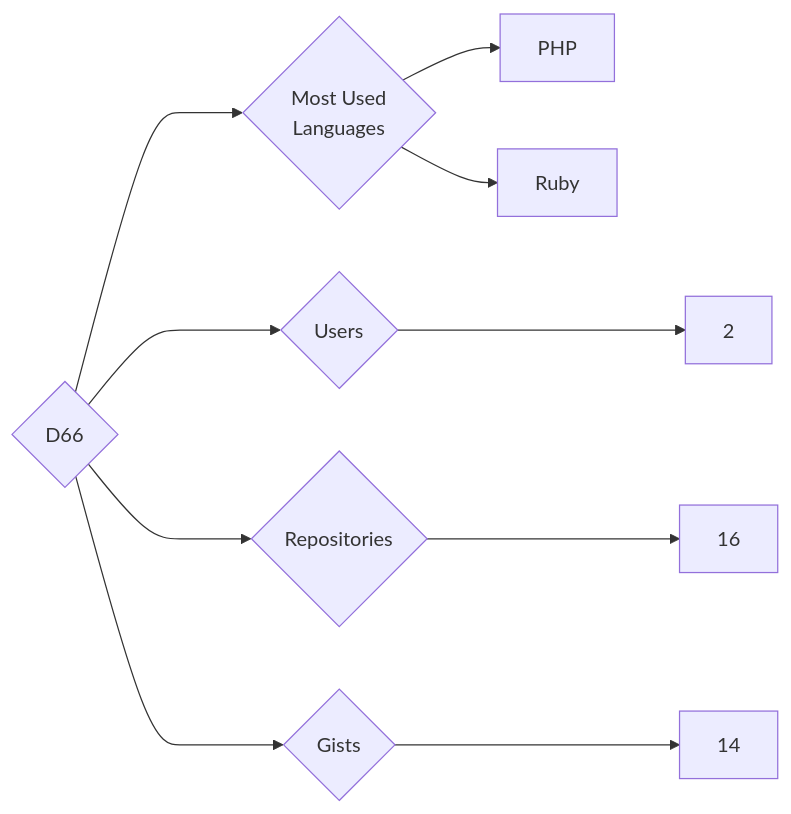
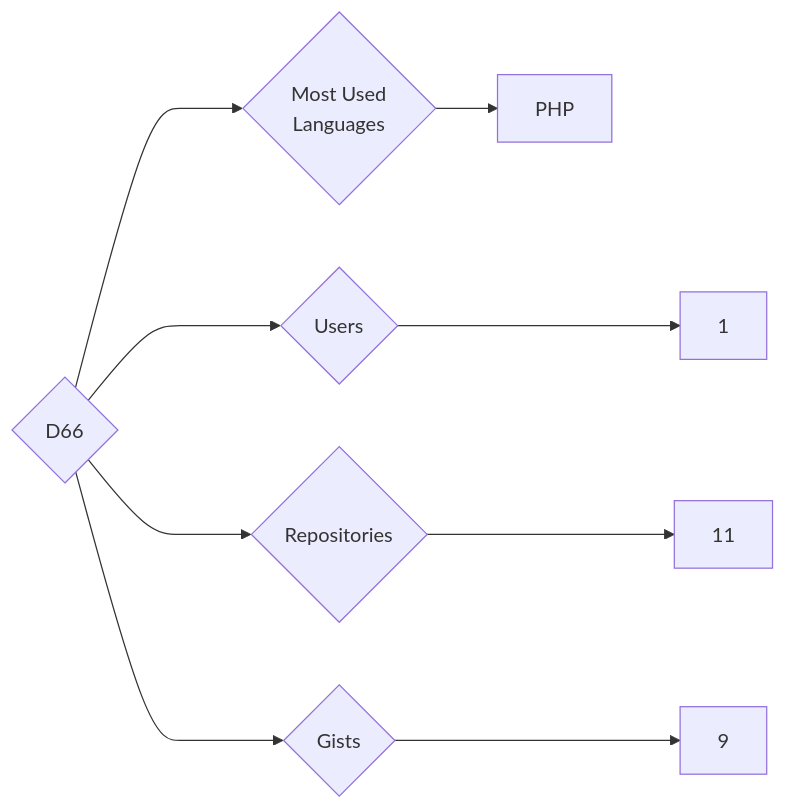
Before and after one commit to trickest/insiders: the diagram in targets/D66/README.md, drawn with Mermaid. The commit also changed 927 other files, not shown here.

````diff
--- a/targets/D66/README.md
+++ b/targets/D66/README.md
@@ -3,10 +3,9 @@
 ```mermaid
 graph LR
 COMPANY_NAME{D66}
-COMPANY_NAME ---> U{Users} ---> UN[2]
-COMPANY_NAME ---> R{Repositories} ---> RN[16]
-COMPANY_NAME ---> G{Gists} ---> GN[14]
+COMPANY_NAME ---> U{Users} ---> UN[1]
+COMPANY_NAME ---> R{Repositories} ---> RN[11]
+COMPANY_NAME ---> G{Gists} ---> GN[9]
 COMPANY_NAME ---> ML{Most Used<br>Languages}
 ML --> PHP[PHP]
-ML --> Ruby[Ruby]
 ```
````
